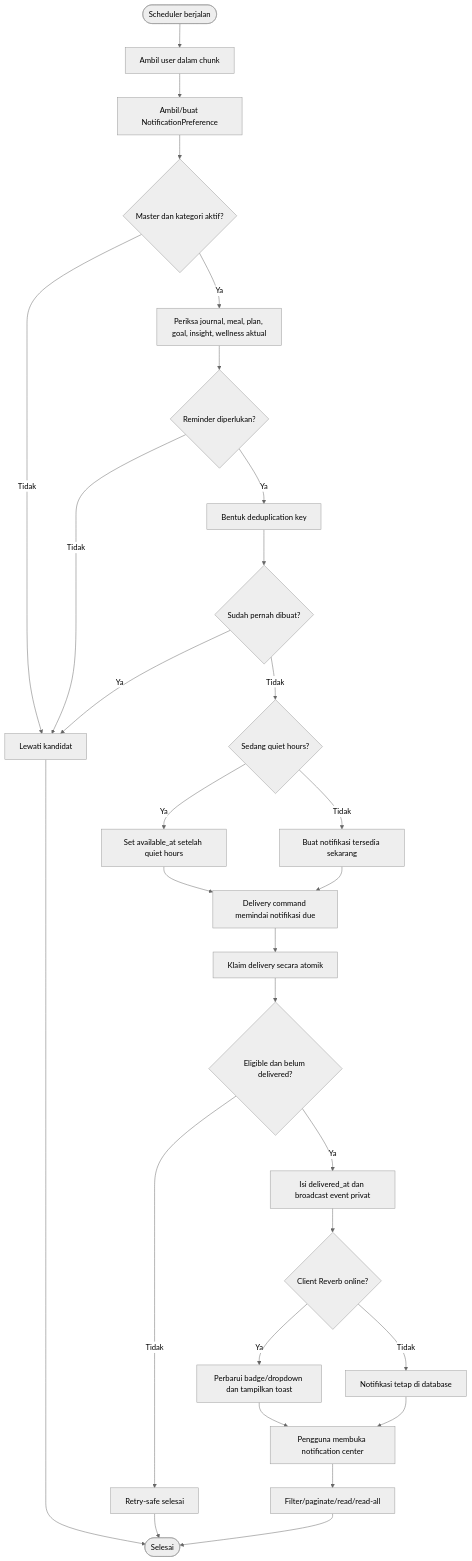
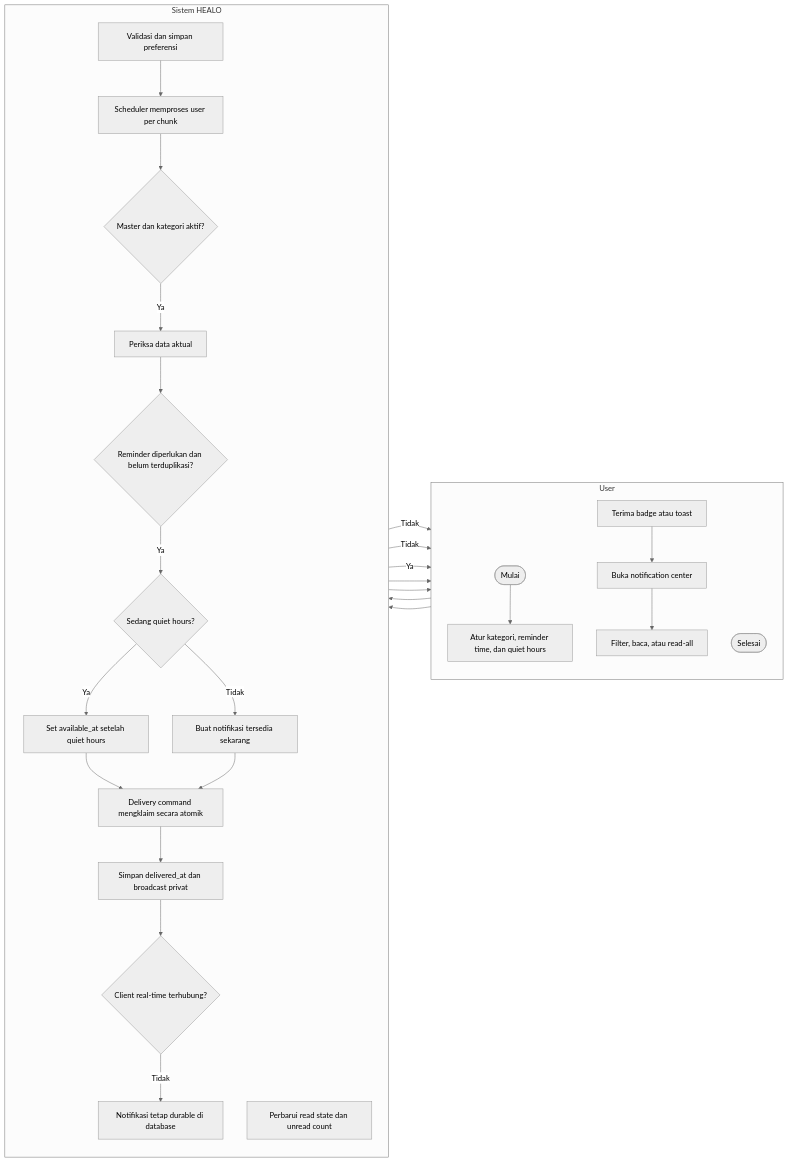
The tenth of 11 diagrams in docs/system-analysis/03-activity-diagrams.md (Daffa-Qiao/Healo), drawn with Mermaid (neutral theme) before and after one commit. The commit also changed other lines of this file and 4 other files, not shown here.

Commit message:
renew diagram

````diff
--- a/docs/system-analysis/03-activity-diagrams.md
+++ b/docs/system-analysis/03-activity-diagrams.md
@@ -299,31 +411,41 @@
 ```mermaid
-flowchart TD
-    A([Scheduler berjalan]) --> B[Ambil user dalam chunk]
-    B --> C[Ambil/buat NotificationPreference]
-    C --> D{Master dan kategori aktif?}
-    D -- Tidak --> E[Lewati kandidat]
-    D -- Ya --> F[Periksa journal, meal, plan, goal, insight, wellness aktual]
-    F --> G{Reminder diperlukan?}
-    G -- Tidak --> E
-    G -- Ya --> H[Bentuk deduplication key]
-    H --> I{Sudah pernah dibuat?}
-    I -- Ya --> E
-    I -- Tidak --> J{Sedang quiet hours?}
-    J -- Ya --> K[Set available_at setelah quiet hours]
-    J -- Tidak --> L[Buat notifikasi tersedia sekarang]
-    K --> M[Delivery command memindai notifikasi due]
-    L --> M
-    M --> N[Klaim delivery secara atomik]
-    N --> O{Eligible dan belum delivered?}
-    O -- Tidak --> P[Retry-safe selesai]
-    O -- Ya --> Q[Isi delivered_at dan broadcast event privat]
-    Q --> R{Client Reverb online?}
-    R -- Ya --> S[Perbarui badge/dropdown dan tampilkan toast]
-    R -- Tidak --> T[Notifikasi tetap di database]
-    S --> U[Pengguna membuka notification center]
-    T --> U
-    U --> V[Filter/paginate/read/read-all]
-    V --> W([Selesai])
-    E --> W
-    P --> W
+flowchart LR
+    subgraph U["User"]
+        direction TB
+        U1([Mulai])
+        U2[Atur kategori, reminder time, dan quiet hours]
+        U3[Terima badge atau toast]
+        U4[Buka notification center]
+        U5[Filter, baca, atau read-all]
+        U6([Selesai])
+    end
+
+    subgraph S["Sistem HEALO"]
+        direction TB
+        S1[Validasi dan simpan preferensi]
+        S2[Scheduler memproses user per chunk]
+        S3{Master dan kategori aktif?}
+        S4[Periksa data aktual]
+        S5{Reminder diperlukan dan belum terduplikasi?}
+        S6{Sedang quiet hours?}
+        S7[Set available_at setelah quiet hours]
+        S8[Buat notifikasi tersedia sekarang]
+        S9[Delivery command mengklaim secara atomik]
+        S10[Simpan delivered_at dan broadcast privat]
+        S11{Client real-time terhubung?}
+        S12[Notifikasi tetap durable di database]
+        S13[Perbarui read state dan unread count]
+    end
+
+    U1 --> U2 --> S1 --> S2 --> S3
+    S3 -- Tidak --> U6
+    S3 -- Ya --> S4 --> S5
+    S5 -- Tidak --> U6
+    S5 -- Ya --> S6
+    S6 -- Ya --> S7 --> S9
+    S6 -- Tidak --> S8 --> S9
+    S9 --> S10 --> S11
+    S11 -- Ya --> U3 --> U4
+    S11 -- Tidak --> S12 --> U4
+    U4 --> U5 --> S13 --> U6
 ```
````
